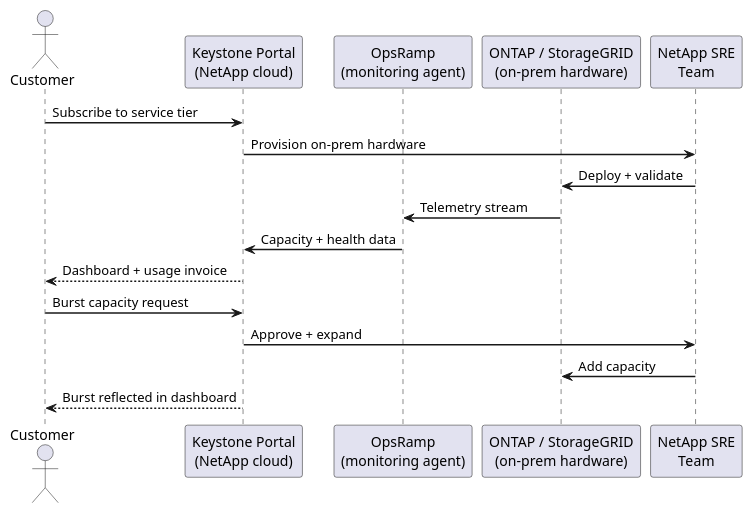
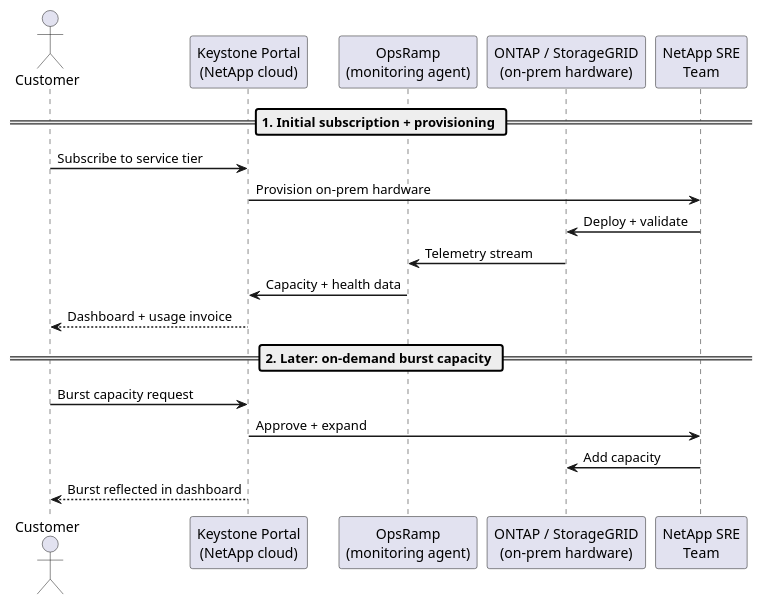
The first of 2 diagrams in docs/storage/products/netapp/keystone/architecture/how-it-works.md (canast01/chris-kb), drawn with PlantUML before and after one commit. The commit also changed 14 other files, not shown here.

First line of the commit message:
Add phase dividers to PlantUML sequence diagrams mixing unrelated flows; fix PowerMax escalation box-vs-footer overlap

````diff
--- a/docs/storage/products/netapp/keystone/architecture/how-it-works.md
+++ b/docs/storage/products/netapp/keystone/architecture/how-it-works.md
@@ -16,24 +16,26 @@
 ```plantuml
 @startuml
 skinparam sequenceArrowThickness 1.5
 skinparam roundcorner 5
 
 actor "Customer" as CUS
 participant "Keystone Portal\n(NetApp cloud)" as KS
 participant "OpsRamp\n(monitoring agent)" as OPS
 participant "ONTAP / StorageGRID\n(on-prem hardware)" as STG
 participant "NetApp SRE\nTeam" as SRE
 
+== 1. Initial subscription + provisioning ==
 CUS -> KS: Subscribe to service tier
 KS -> SRE: Provision on-prem hardware
 SRE -> STG: Deploy + validate
 STG -> OPS: Telemetry stream
 OPS -> KS: Capacity + health data
 KS --> CUS: Dashboard + usage invoice
 
+== 2. Later: on-demand burst capacity ==
 CUS -> KS: Burst capacity request
 KS -> SRE: Approve + expand
 SRE -> STG: Add capacity
 KS --> CUS: Burst reflected in dashboard
 @enduml
 ```
````
